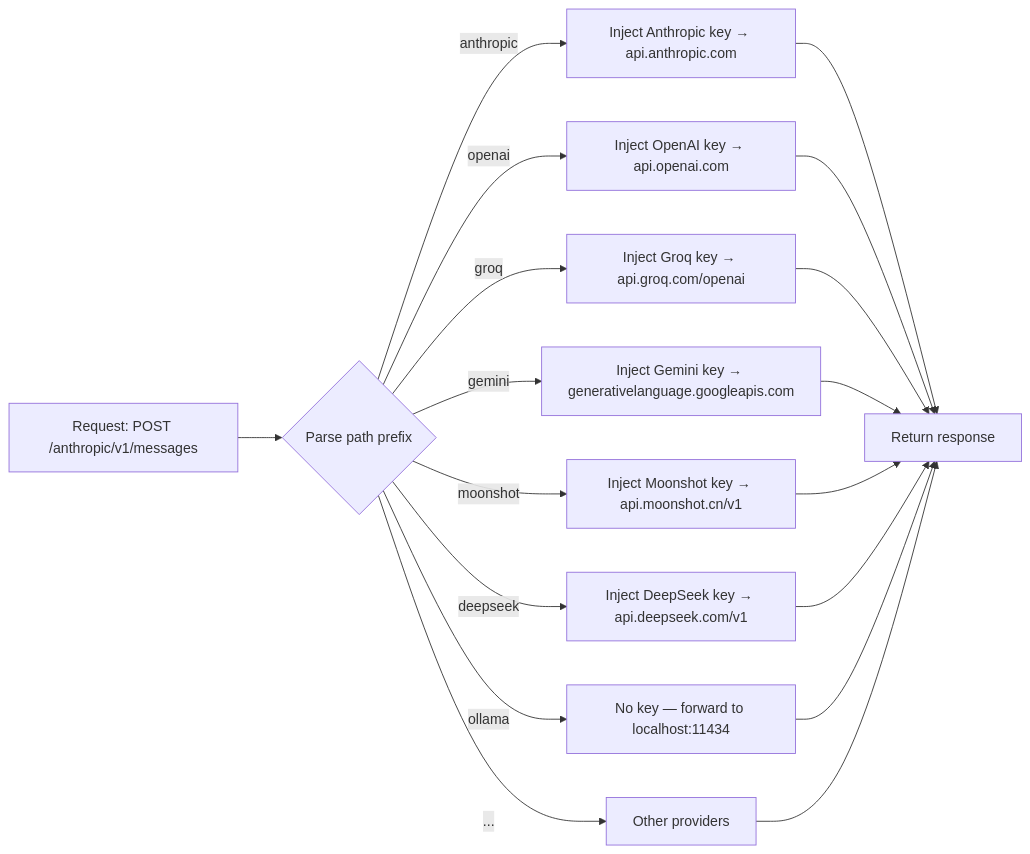
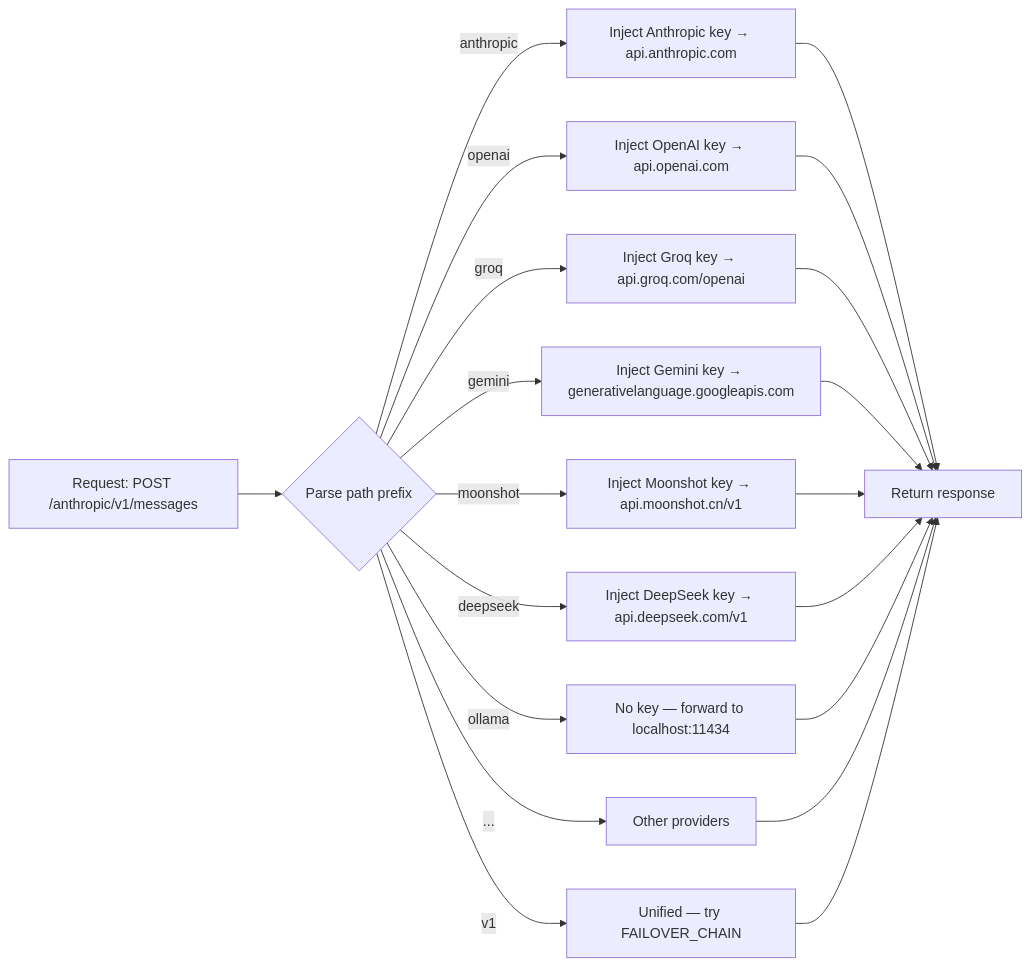
One commit to iagop03/antcrew-docs changed the diagram in docs/proxy/routing.md. Above: the diagram before and after it, drawn with Mermaid. The commit also changed other lines of this file and 4 other files, not shown here.

````diff
--- a/docs/proxy/routing.md
+++ b/docs/proxy/routing.md
@@ -7,13 +7,14 @@
 ```mermaid
 graph LR
     A[Request: POST /anthropic/v1/messages] --> B{Parse path prefix}
     B -->|anthropic| C[Inject Anthropic key → api.anthropic.com]
     B -->|openai| D[Inject OpenAI key → api.openai.com]
     B -->|groq| E[Inject Groq key → api.groq.com/openai]
     B -->|gemini| F[Inject Gemini key → generativelanguage.googleapis.com]
     B -->|moonshot| G[Inject Moonshot key → api.moonshot.cn/v1]
     B -->|deepseek| H[Inject DeepSeek key → api.deepseek.com/v1]
     B -->|ollama| I[No key — forward to localhost:11434]
     B -->|...| J[Other providers]
-    C & D & E & F & G & H & I & J --> K[Return response]
+    B -->|v1| K[Unified — try FAILOVER_CHAIN]
+    C & D & E & F & G & H & I & J & K --> L[Return response]
 ```
````
